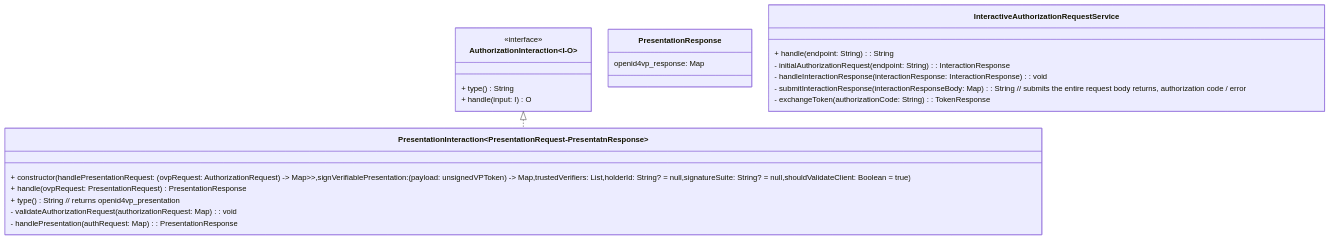
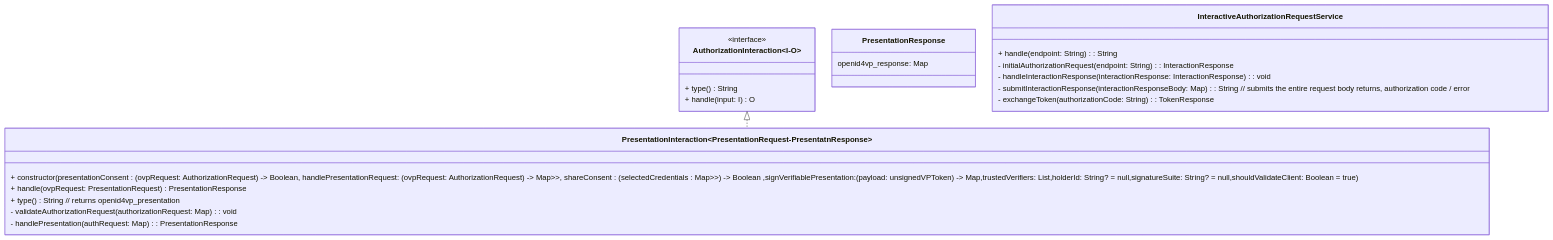
One commit to tw-mosip/inji-wallet changed the third of 3 diagrams in docs/presentation-during-issuance.md. Above: the diagram before and after it, drawn with Mermaid. The commit also changed other lines of this file, not shown here.

Commit message:
[INJIMOB-3601] refactor: udpate presentation interaction with consent callbacks

````diff
--- a/docs/presentation-during-issuance.md
+++ b/docs/presentation-during-issuance.md
@@ -176,33 +183,33 @@
 ```mermaid
 ---
 config:
   layout: elk
 ---
 classDiagram
     class PresentationInteraction~PresentationRequest-PresentatnResponse~ {
-        + constructor(handlePresentationRequest: (ovpRequest: AuthorizationRequest) -> Map<String, Map<FormatType, List<Any>>>,signVerifiablePresentation: (payload: unsignedVPToken) -> Map<FormatType, VPTokenSigningResult>,trustedVerifiers: List<Verifier>,holderId: String? = null,signatureSuite: String? = null,shouldValidateClient: Boolean = true)
+        + constructor(presentationConsent : (ovpRequest: AuthorizationRequest) -> Boolean, handlePresentationRequest: (ovpRequest: AuthorizationRequest) -> Map<String, Map<FormatType, List<Any>>>, shareConsent : (selectedCredentials : Map<String, Map<FormatType, List<Any>>>) -> Boolean ,signVerifiablePresentation: (payload: unsignedVPToken) -> Map<FormatType, VPTokenSigningResult>,trustedVerifiers: List<Verifier>,holderId: String? = null,signatureSuite: String? = null,shouldValidateClient: Boolean = true)
         + handle(ovpRequest: PresentationRequest) PresentationResponse 
         + type() String // returns openid4vp_presentation
         - validateAuthorizationRequest(authorizationRequest: Map<String,Any>) : void
         - handlePresentation(authRequest: Map<String,Any>) : PresentationResponse
     }
     class AuthorizationInteraction~I-O~ {
         <<interface>>
         + type() String
         + handle(input: I) O
     }
     
     class PresentationResponse {
         openid4vp_response: Map<String, Any>
     }
 
     AuthorizationInteraction <|.. PresentationInteraction
     
     class InteractiveAuthorizationRequestService {
         + handle(endpoint: String) : String
         - initialAuthorizationRequest(endpoint: String) : InteractionResponse
         - handleInteractionResponse(interactionResponse: InteractionResponse) : void
         - submitInteractionResponse(interactionResponseBody: Map<String, Any>) : String // submits the entire request body returns, authorization code / error
         - exchangeToken(authorizationCode: String) : TokenResponse
     }
 ```
````
